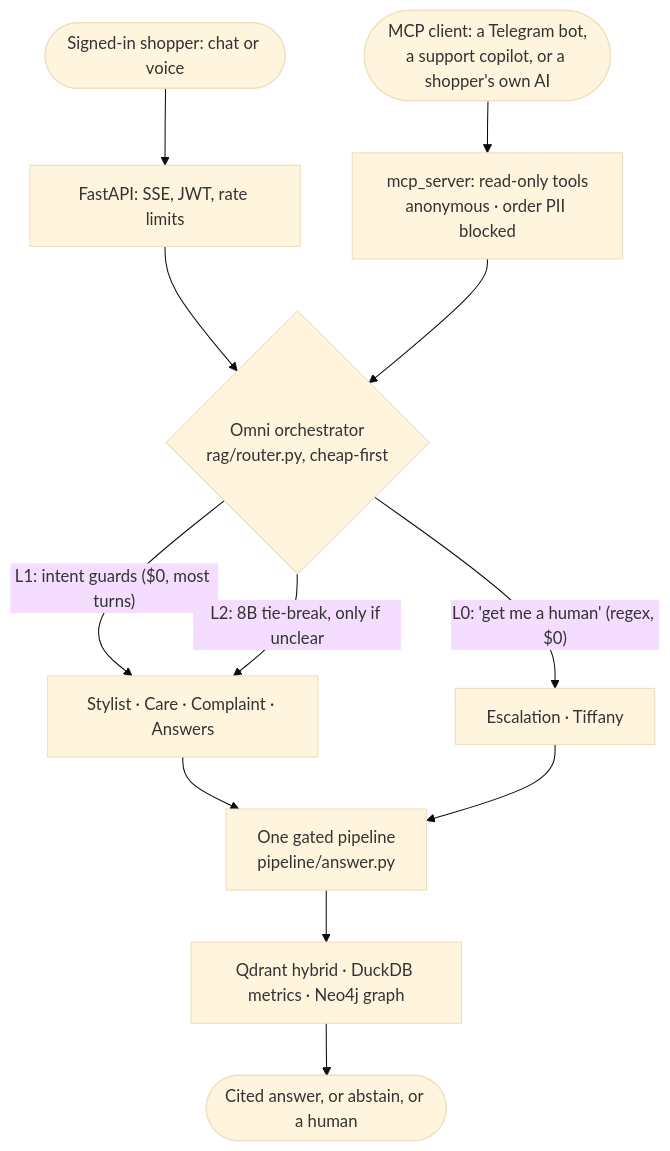
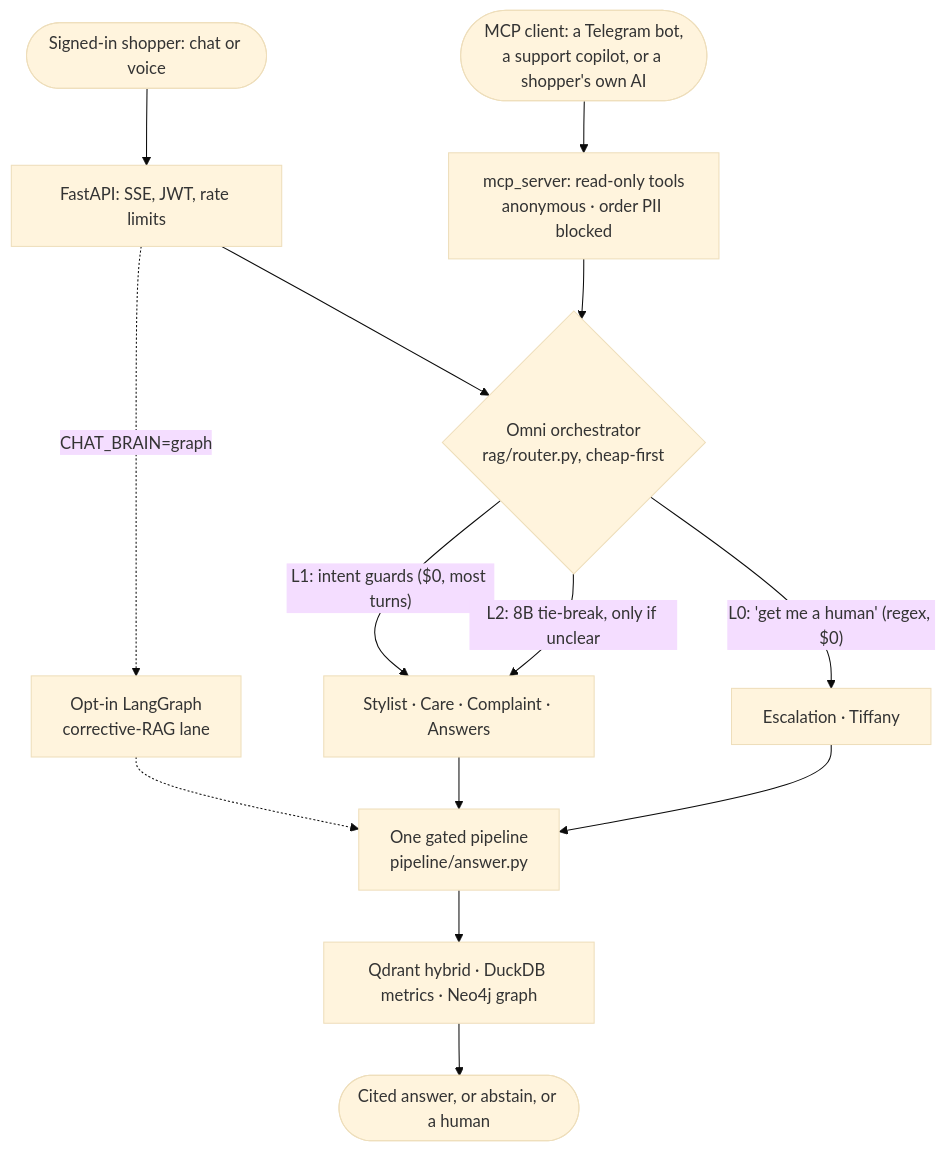
The diagram in README.md (hoomanesteki/agentic-rag-knowledge-ai-platform), drawn with Mermaid (base theme) before and after one commit. The commit also changed other lines of this file and 7 other files, not shown here.

````diff
--- a/README.md
+++ b/README.md
@@ -42,14 +42,16 @@
 ```mermaid
 flowchart TD
   SH([Signed-in shopper: chat or voice]) --> API[FastAPI: SSE, JWT, rate limits]
   MC([MCP client: a Telegram bot,<br/>a support copilot, or a shopper's own AI]) --> MCP[mcp_server: read-only tools<br/>anonymous · order PII blocked]
   API --> R{Omni orchestrator<br/>rag/router.py, cheap-first}
+  API -.->|CHAT_BRAIN=graph| GL[Opt-in LangGraph<br/>corrective-RAG lane]
+  GL -.-> P
   MCP --> R
   R -->|"L0: 'get me a human' (regex, $0)"| E[Escalation · Tiffany]
   R -->|"L1: intent guards ($0, most turns)"| L[Stylist · Care · Complaint · Answers]
   R -->|L2: 8B tie-break, only if unclear| L
   L --> P[One gated pipeline<br/>pipeline/answer.py]
   E --> P
   P --> RET[Qdrant hybrid · DuckDB metrics · Neo4j graph]
   RET --> OUT([Cited answer, or abstain, or a human])
 ```
````
